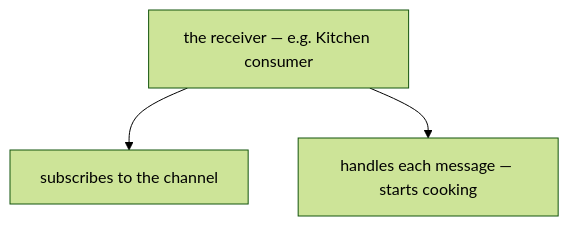
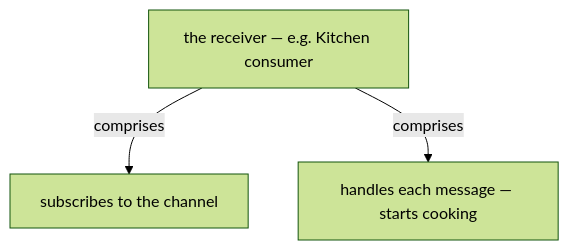
The seventh of 13 diagrams in docs/ch05-messaging.md (vinayakuber/microservices-io-study-guide), drawn with Mermaid (forest theme) before and after one commit. The commit also changed other lines of this file and 71 other files, not shown here.

First line of the commit message:
R18: label every diagram arrow with its meaning

````diff
--- a/docs/ch05-messaging.md
+++ b/docs/ch05-messaging.md
@@ -256,6 +256,6 @@
 ```mermaid
 flowchart TD
   R["the receiver — e.g. Kitchen consumer"]
-  R --> P0["subscribes to the channel"]
-  R --> P1["handles each message — starts cooking"]
+  R -->|"comprises"| P0["subscribes to the channel"]
+  R -->|"comprises"| P1["handles each message — starts cooking"]
 ```
````
